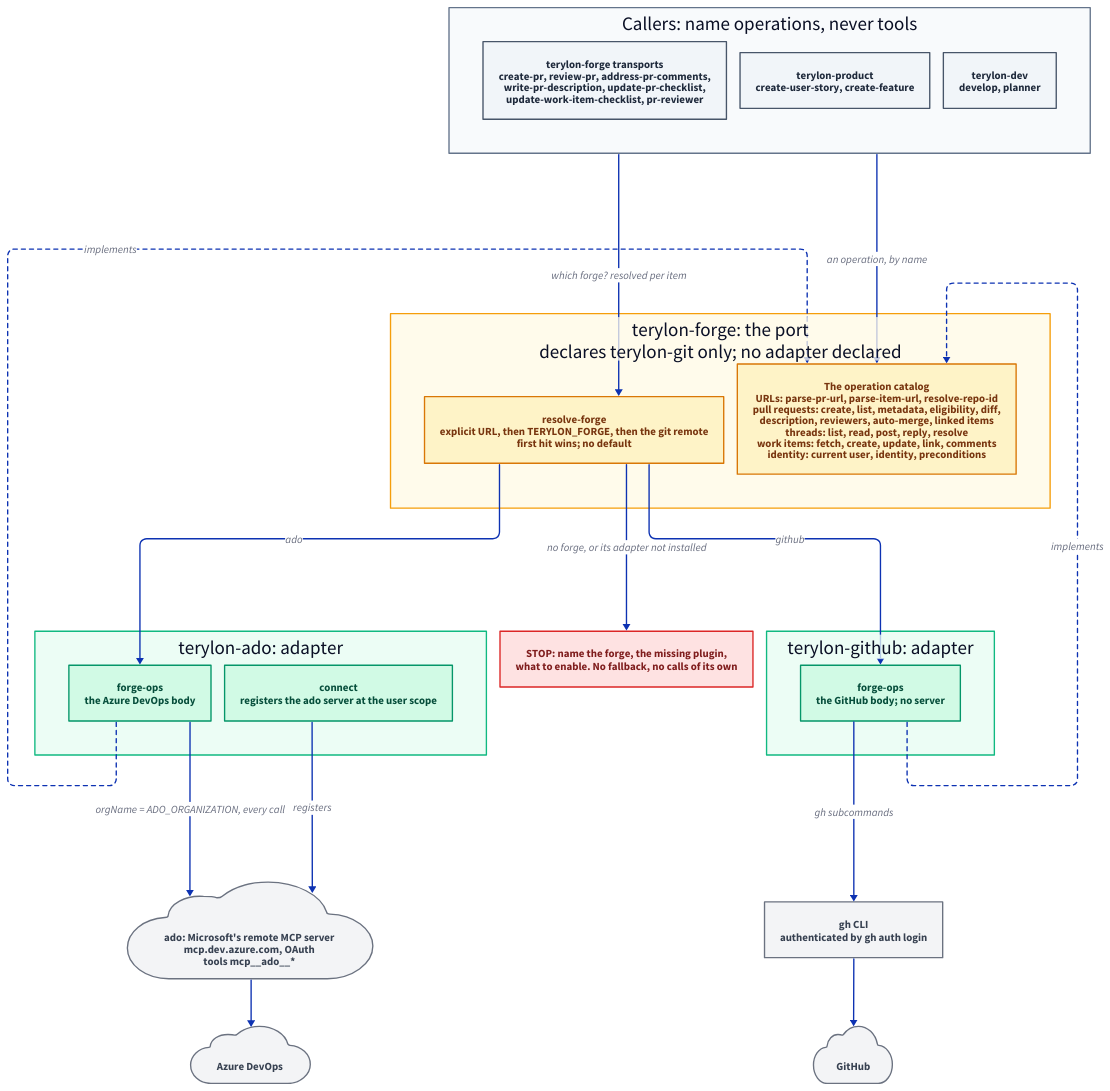
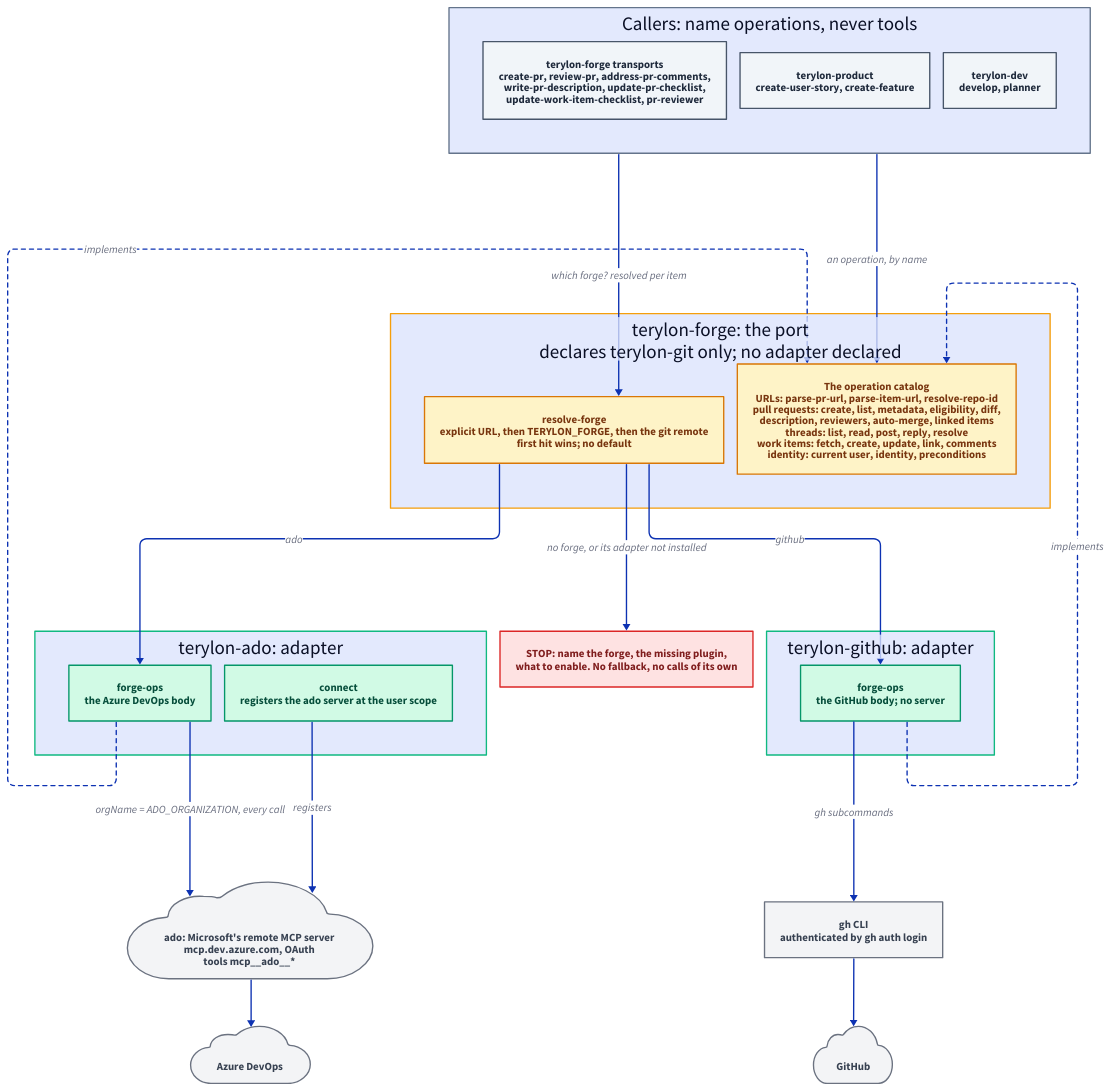
Before and after one commit to janecekvit/terylon-marketplace: the diagram in docs/architecture/forge-port.d2, drawn with D2. The commit also changed 11 other files, not shown here.

First line of the commit message:
Draw the root README's plugin graph from D2, in both themes (#19)

```diff
--- a/docs/architecture/forge-port.d2
+++ b/docs/architecture/forge-port.d2
@@ -1,127 +1,124 @@
 # The forge port: who names an operation, who resolves the forge, and which adapter's body runs it.
 # Source of truth for forge-port.svg beside it: edit this file, then run
 # node Scripts/render-diagrams.js and commit both.
 # Why it is a port at all: port-and-adapter-split.md. The resolution step by step:
 # ../flows/forge-resolution.md.
 vars: {
   d2-config: {
     layout-engine: elk
   }
 }
 
 direction: down
 
 # One colour per kind: callers (slate), the port (amber), adapters (green), the stop (red),
-# platforms outside the marketplace (grey).
+# platforms outside the marketplace (grey). A container has a stroke and no fill, so the theme fills
+# it in light and dark mode alike: .claude/rules/markdown.md says why.
 classes: {
   caller: {
     style: {
       fill: "#F1F5F9"
       stroke: "#475569"
       font-color: "#1E293B"
     }
   }
   port: {
     style: {
       fill: "#FEF3C7"
       stroke: "#D97706"
       font-color: "#78350F"
     }
   }
   adapter: {
     style: {
       fill: "#D1FAE5"
       stroke: "#059669"
       font-color: "#064E3B"
     }
   }
   stop: {
     style: {
       fill: "#FEE2E2"
       stroke: "#DC2626"
       font-color: "#7F1D1D"
     }
   }
   external: {
     style: {
       fill: "#F3F4F6"
       stroke: "#6B7280"
       font-color: "#374151"
     }
   }
 }
 
 callers: "Callers: name operations, never tools" {
   style: {
-    fill: "#F8FAFC"
     stroke: "#64748B"
   }
 
   transports: "terylon-forge transports\ncreate-pr, review-pr, address-pr-comments,\nwrite-pr-description, update-pr-checklist,\nupdate-work-item-checklist, pr-reviewer" {class: caller}
   product: "terylon-product\ncreate-user-story, create-feature" {class: caller}
   dev: "terylon-dev\ndevelop, planner" {class: caller}
 }
 
 port: "terylon-forge: the port\ndeclares terylon-git only; no adapter declared" {
   style: {
-    fill: "#FFFBEB"
     stroke: "#F59E0B"
   }
 
   resolve: "resolve-forge\nexplicit URL, then TERYLON_FORGE, then the git remote\nfirst hit wins; no default" {class: port}
   catalog: "The operation catalog\nURLs: parse-pr-url, parse-item-url, resolve-repo-id\npull requests: create, list, metadata, eligibility, diff,\ndescription, reviewers, auto-merge, linked items\nthreads: list, read, post, reply, resolve\nwork items: fetch, create, update, link, comments\nidentity: current user, identity, preconditions" {class: port}
 }
 
 stop: "STOP: name the forge, the missing plugin,\nwhat to enable. No fallback, no calls of its own" {class: stop}
 
 ado: "terylon-ado: adapter" {
   style: {
-    fill: "#ECFDF5"
     stroke: "#10B981"
   }
 
   forge_ops: "forge-ops\nthe Azure DevOps body" {class: adapter}
   connect: "connect\nregisters the ado server at the user scope" {class: adapter}
 }
 
 github: "terylon-github: adapter" {
   style: {
-    fill: "#ECFDF5"
     stroke: "#10B981"
   }
 
   forge_ops: "forge-ops\nthe GitHub body; no server" {class: adapter}
 }
 
 ado_server: "ado: Microsoft's remote MCP server\nmcp.dev.azure.com, OAuth\ntools mcp__ado__*" {
   class: external
   shape: cloud
 }
 gh: "gh CLI\nauthenticated by gh auth login" {class: external}
 azure_devops: "Azure DevOps" {
   class: external
   shape: cloud
 }
 github_com: "GitHub" {
   class: external
   shape: cloud
 }
 
 callers -> port.catalog: "an operation, by name"
 callers -> port.resolve: "which forge? resolved per item"
 port.resolve -> ado.forge_ops: "ado"
 port.resolve -> github.forge_ops: "github"
 port.resolve -> stop: "no forge, or its adapter not installed"
 
 ado.forge_ops -> port.catalog: "implements" {
   style.stroke-dash: 3
 }
 github.forge_ops -> port.catalog: "implements" {
   style.stroke-dash: 3
 }
 
 ado.connect -> ado_server: "registers"
 ado.forge_ops -> ado_server: "orgName = ADO_ORGANIZATION, every call"
 ado_server -> azure_devops
 github.forge_ops -> gh: "gh subcommands"
 gh -> github_com
```
